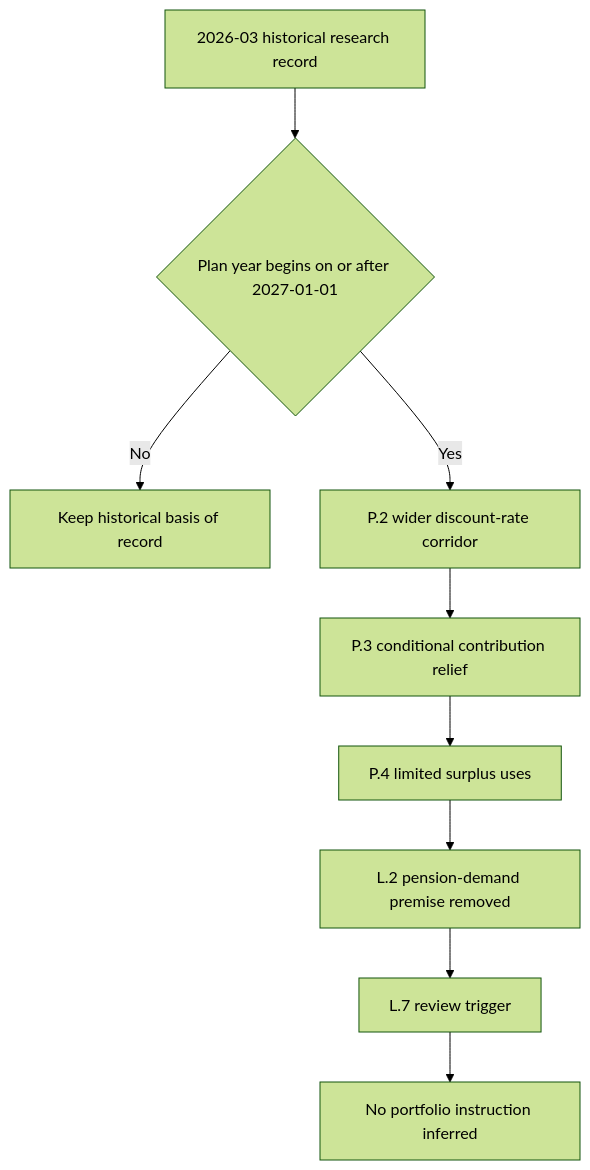
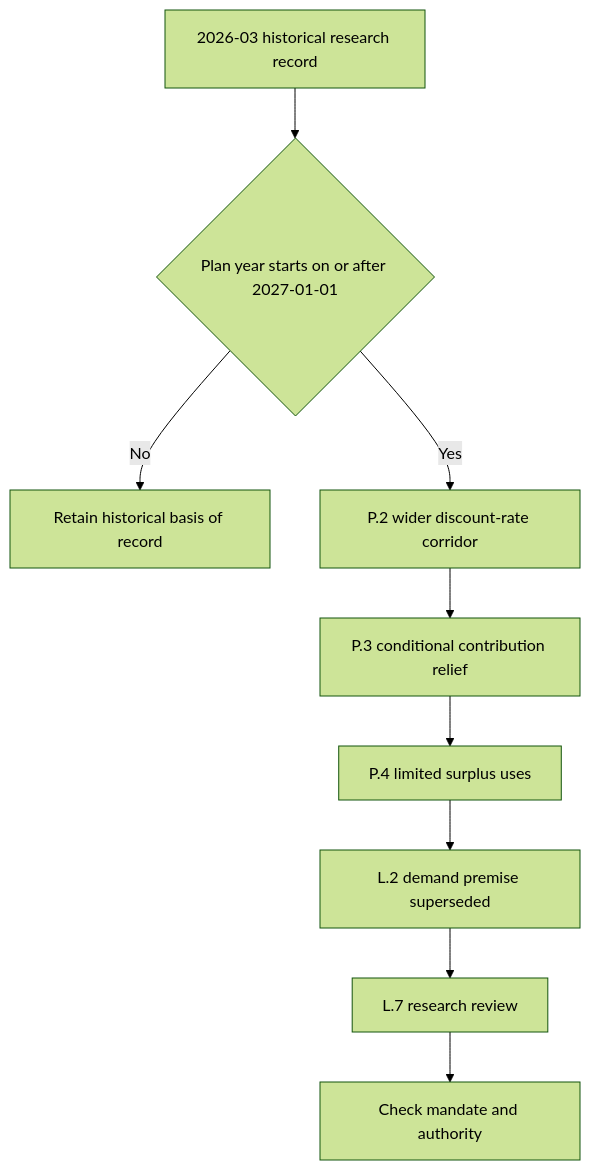
The diagram in openwiki/regulatory/pension-funding-relief.md (xuro-langchain/wealth-research-corpus), drawn with Mermaid (forest theme) before and after one commit. The commit also changed other lines of this file and 43 other files, not shown here.

````diff
--- a/openwiki/regulatory/pension-funding-relief.md
+++ b/openwiki/regulatory/pension-funding-relief.md
@@ -41,11 +41,11 @@
 ```mermaid
 flowchart TD
-    Historic["2026-03 historical research record"] --> Date{"Plan year begins on or after 2027-01-01"}
-    Date -- "No" --> Record["Keep historical basis of record"]
-    Date -- "Yes" --> P2["P.2 wider discount-rate corridor"]
-    P2 --> P3["P.3 conditional contribution relief"]
-    P3 --> P4["P.4 limited surplus uses"]
-    P4 --> Premise["L.2 pension-demand premise removed"]
-    Premise --> Review["L.7 review trigger"]
-    Review --> NoInstruction["No portfolio instruction inferred"]
+    Historic["2026-03 historical research record"] --> PlanYear{"Plan year starts on or after 2027-01-01"}
+    PlanYear -- "No" --> Record["Retain historical basis of record"]
+    PlanYear -- "Yes" --> Corridor["P.2 wider discount-rate corridor"]
+    Corridor --> Relief["P.3 conditional contribution relief"]
+    Relief --> Uses["P.4 limited surplus uses"]
+    Uses --> Premise["L.2 demand premise superseded"]
+    Premise --> Review["L.7 research review"]
+    Review --> Mandate["Check mandate and authority"]
 ```
````
